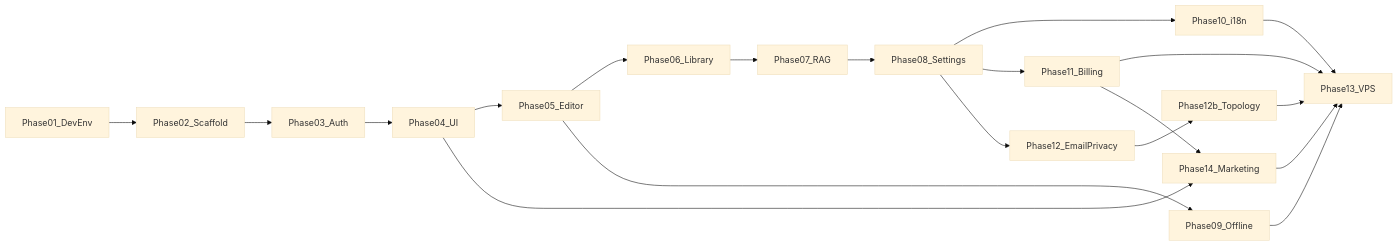
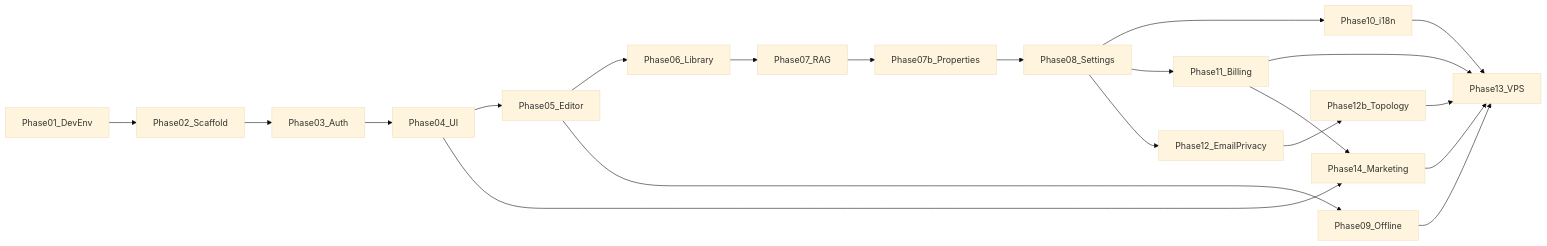
Before and after one commit to kallekormann/rhodes: the diagram in implementation_plan/00-README.md, drawn with Mermaid (base theme). The commit also changed other lines of this file and 30 other files, not shown here.

````diff
--- a/implementation_plan/00-README.md
+++ b/implementation_plan/00-README.md
@@ -83,22 +85,23 @@
 ```mermaid
 flowchart LR
   P01[Phase01_DevEnv] --> P02[Phase02_Scaffold]
   P02 --> P03[Phase03_Auth]
   P03 --> P04[Phase04_UI]
   P04 --> P05[Phase05_Editor]
   P05 --> P06[Phase06_Library]
   P06 --> P07[Phase07_RAG]
-  P07 --> P08[Phase08_Settings]
+  P07 --> P07b[Phase07b_Properties]
+  P07b --> P08[Phase08_Settings]
   P05 --> P09[Phase09_Offline]
   P08 --> P10[Phase10_i18n]
   P08 --> P11[Phase11_Billing]
   P08 --> P12[Phase12_EmailPrivacy]
   P12 --> P12b[Phase12b_Topology]
   P12b --> P13[Phase13_VPS]
   P11 --> P13
   P10 --> P13
   P09 --> P13
   P04 --> P14[Phase14_Marketing]
   P11 --> P14
   P14 --> P13
 ```
````
